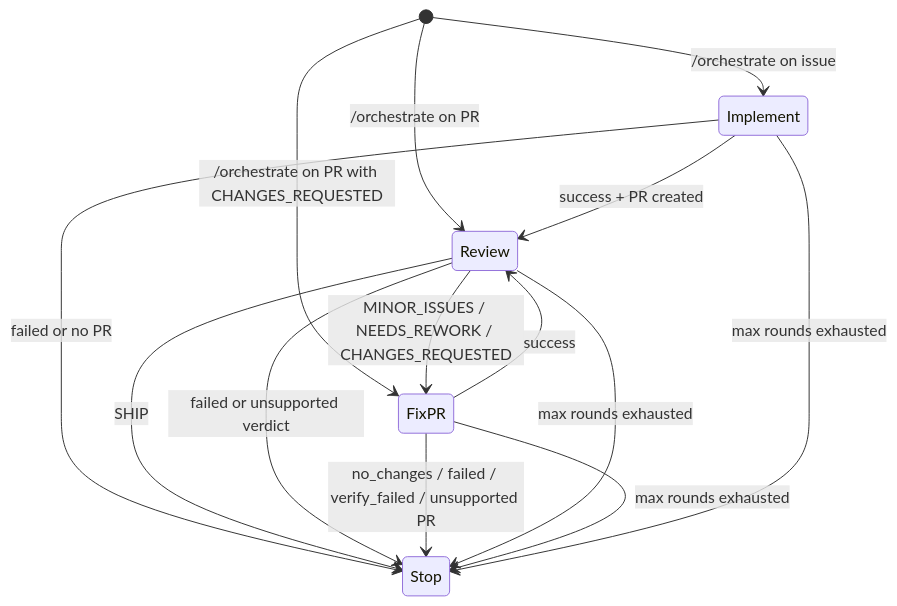
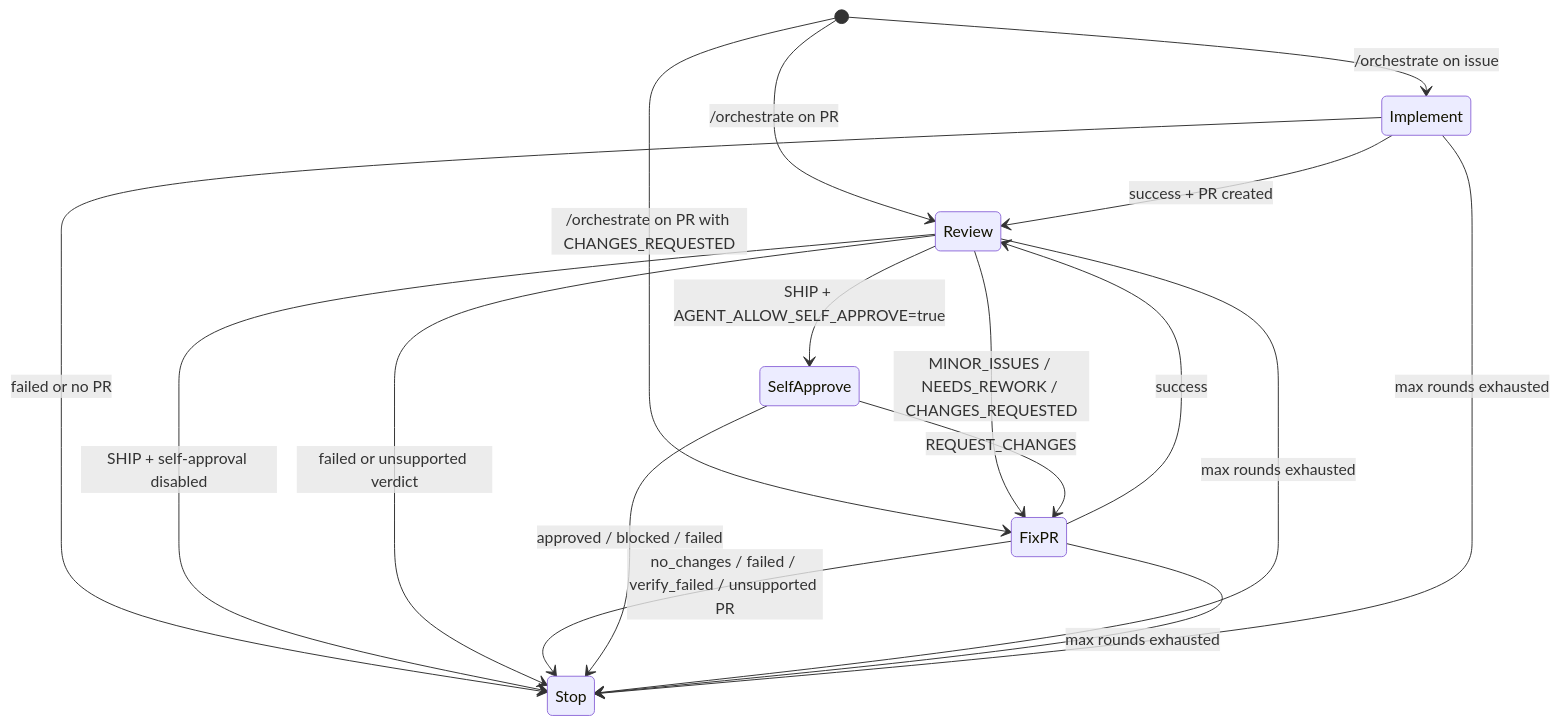
One commit to self-evolving/repo changed the diagram in .agent/docs/technical-details/agent-orchestrator.md. Above: the diagram before and after it, drawn with Mermaid. The commit also changed other lines of this file and 19 other files, not shown here.

Commit message:
Add opt-in agent self-approval gate

````diff
--- a/.agent/docs/technical-details/agent-orchestrator.md
+++ b/.agent/docs/technical-details/agent-orchestrator.md
@@ -18,20 +18,24 @@
 ```mermaid
 stateDiagram-v2
     [*] --> Implement: /orchestrate on issue
     [*] --> Review: /orchestrate on PR
     [*] --> FixPR: /orchestrate on PR with CHANGES_REQUESTED
 
     Implement --> Review: success + PR created
     Implement --> Stop: failed or no PR
 
     Review --> FixPR: MINOR_ISSUES / NEEDS_REWORK / CHANGES_REQUESTED
-    Review --> Stop: SHIP
+    Review --> Stop: SHIP + self-approval disabled
+    Review --> SelfApprove: SHIP + AGENT_ALLOW_SELF_APPROVE=true
     Review --> Stop: failed or unsupported verdict
 
     FixPR --> Review: success
     FixPR --> Stop: no_changes / failed / verify_failed / unsupported PR
 
+    SelfApprove --> Stop: approved / blocked / failed
+    SelfApprove --> FixPR: REQUEST_CHANGES
+
     Review --> Stop: max rounds exhausted
     FixPR --> Stop: max rounds exhausted
     Implement --> Stop: max rounds exhausted
 ```
````
